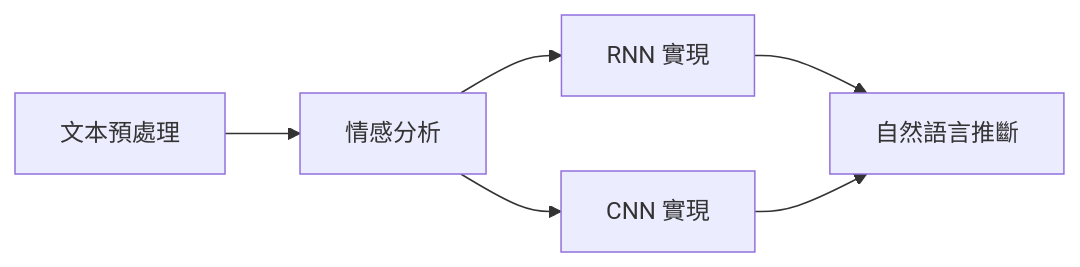
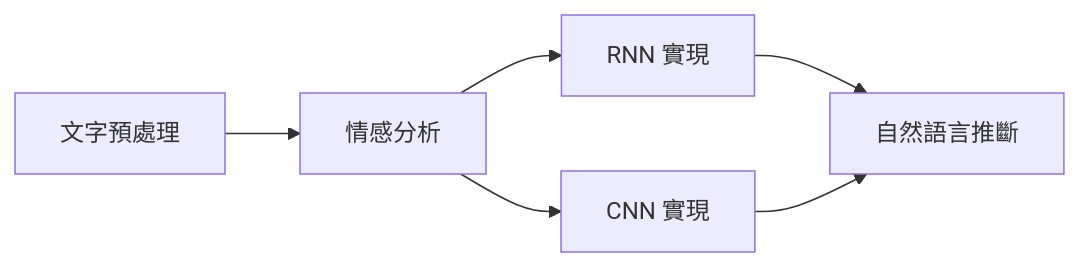
The first of 2 diagrams in 1.從AI到LLM基礎/4.DL/00.DL_Path/15_自然語言處理：應用/README.md (markl-a/My-AI-Learning-Notes), drawn with Mermaid before and after one commit. The commit also changed other lines of this file and 273 other files, not shown here.

````diff
--- a/1.從AI到LLM基礎/4.DL/00.DL_Path/15_自然語言處理：應用/README.md
+++ b/1.從AI到LLM基礎/4.DL/00.DL_Path/15_自然語言處理：應用/README.md
@@ -19,8 +19,8 @@
 ```mermaid
 graph LR
-    A[文本預處理] --> B[情感分析]
+    A[文字預處理] --> B[情感分析]
     B --> C[RNN 實現]
     B --> D[CNN 實現]
     C --> E[自然語言推斷]
     D --> E
 ```
````
